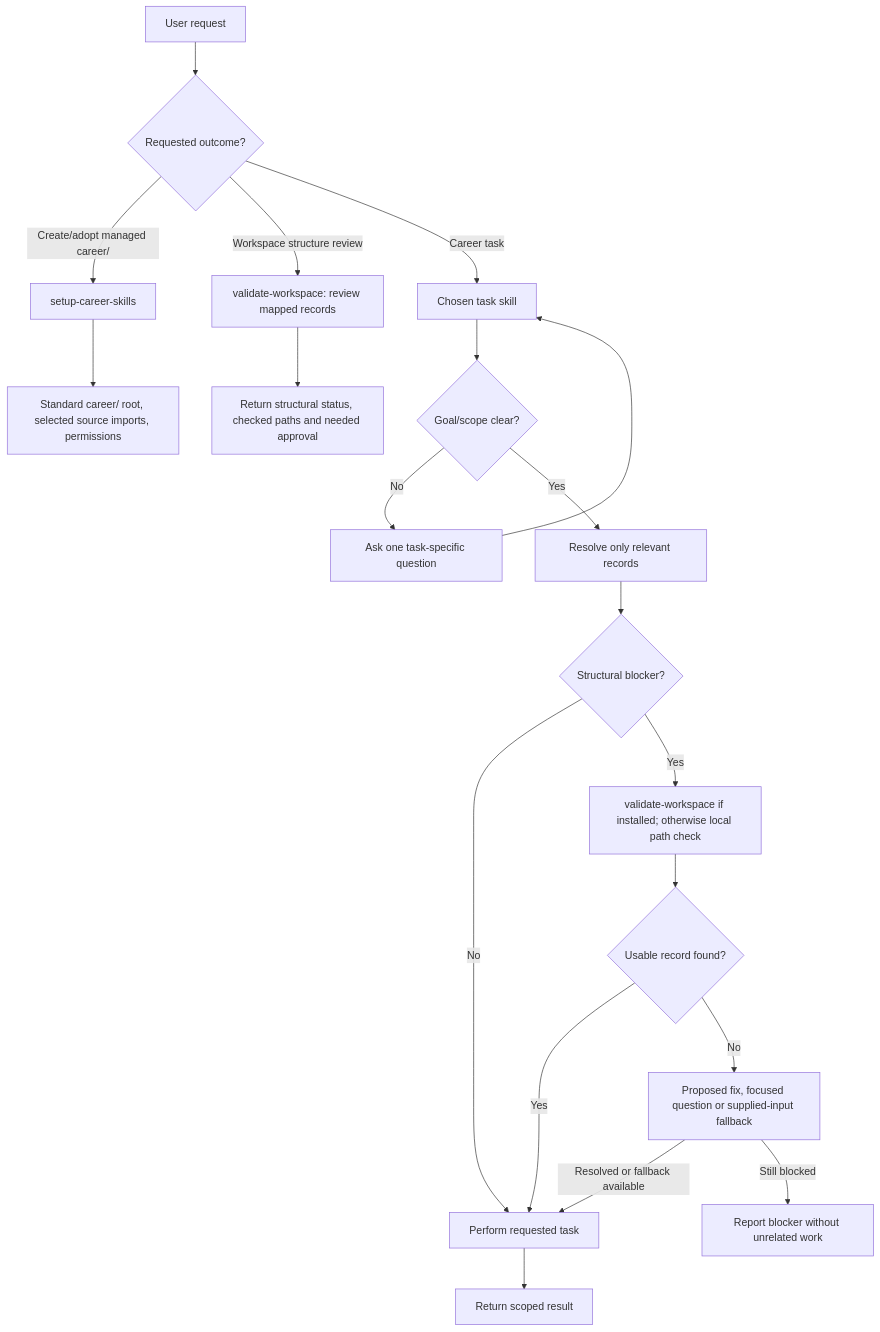
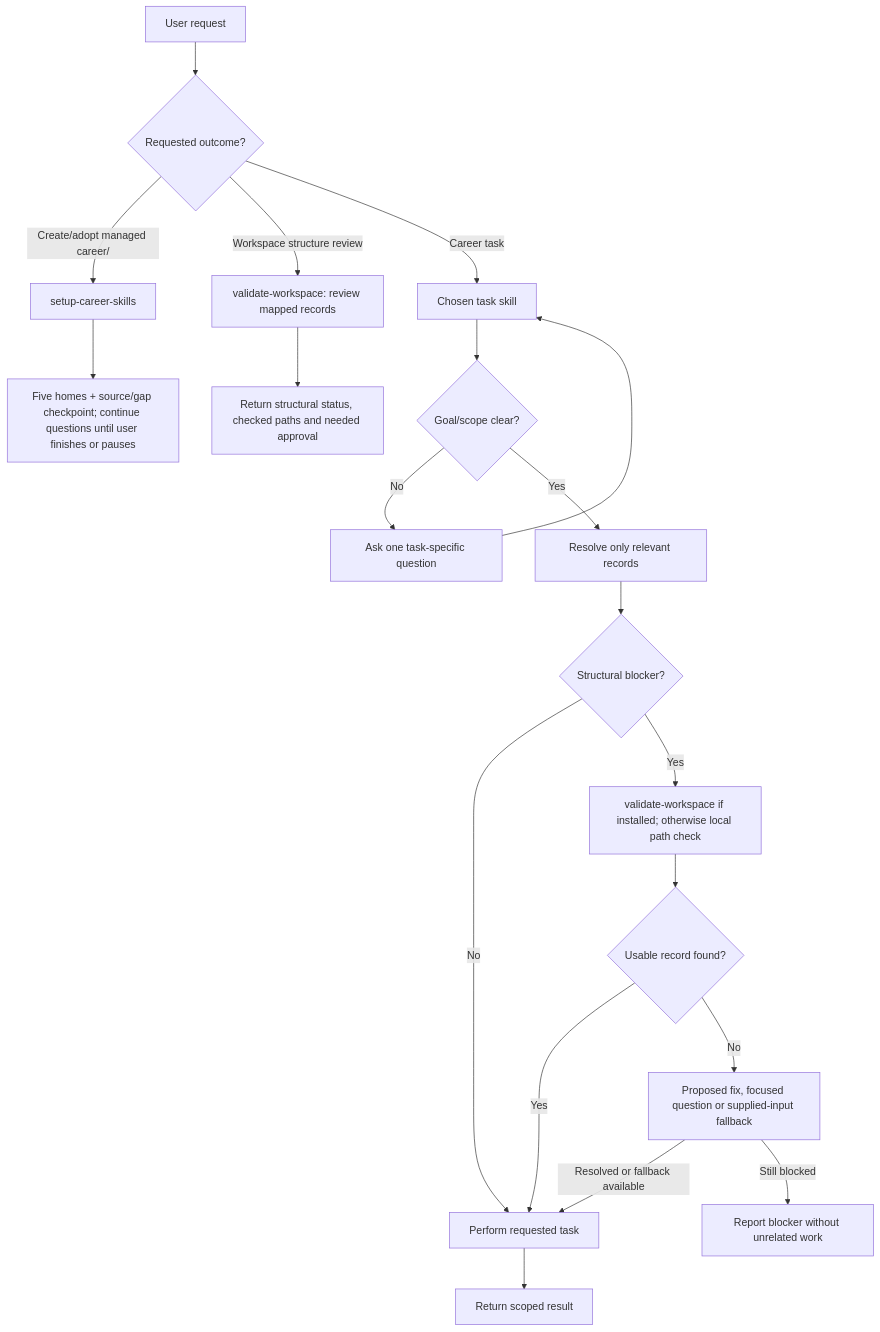
Before and after one commit to lfarci/career-skills: the diagram in docs/ARCHITECTURE.md, drawn with Mermaid. The commit also changed other lines of this file and 5 other files, not shown here.

````diff
--- a/docs/ARCHITECTURE.md
+++ b/docs/ARCHITECTURE.md
@@ -11,22 +13,22 @@
 ```mermaid
 flowchart TD
     A["User request"] --> B{"Requested outcome?"}
     B -->|"Create/adopt managed career/"| S["setup-career-skills"]
     B -->|"Workspace structure review"| V["validate-workspace: review mapped records"]
     B -->|"Career task"| K["Chosen task skill"]
     K --> G{"Goal/scope clear?"}
     G -->|"No"| Q["Ask one task-specific question"]
     Q --> K
     G -->|"Yes"| R["Resolve only relevant records"]
     R --> C{"Structural blocker?"}
     C -->|"No"| T["Perform requested task"]
     C -->|"Yes"| V2["validate-workspace if installed; otherwise local path check"]
     V2 --> D{"Usable record found?"}
     D -->|"Yes"| T
     D -->|"No"| F["Proposed fix, focused question or supplied-input fallback"]
     F -->|"Resolved or fallback available"| T
     F -->|"Still blocked"| X["Report blocker without unrelated work"]
     V --> O["Return structural status, checked paths and needed approval"]
-    S --> N["Standard career/ root, selected source imports, permissions"]
+    S --> N["Five homes + source/gap checkpoint; continue questions until user finishes or pauses"]
     T --> Z["Return scoped result"]
 ```
````
